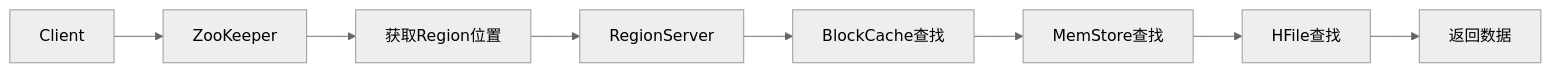
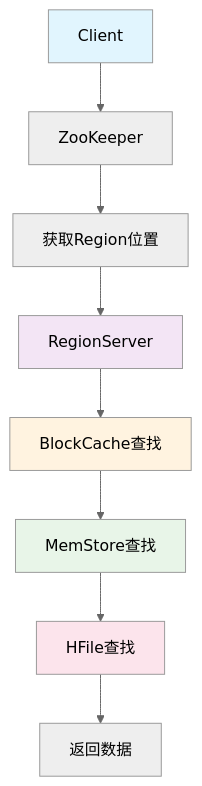
Diagram 16 of 20 in 20.hbase.md (ralph-wren/TechStack-Handbook), drawn with Mermaid (neutral theme) before and after one commit. The commit also changed other lines of this file, not shown here.

````diff
--- a/20.hbase.md
+++ b/20.hbase.md
@@ -3603,10 +4966,16 @@
 ```mermaid
-graph LR
+graph TD
     A[Client] --> B[ZooKeeper]
     B --> C[获取Region位置]
     C --> D[RegionServer]
     D --> E[BlockCache查找]
     E --> F[MemStore查找]
     F --> G[HFile查找]
     G --> H[返回数据]
+    
+    style A fill:#e1f5fe
+    style D fill:#f3e5f5
+    style E fill:#fff3e0
+    style F fill:#e8f5e8
+    style G fill:#fce4ec
 ```
````
